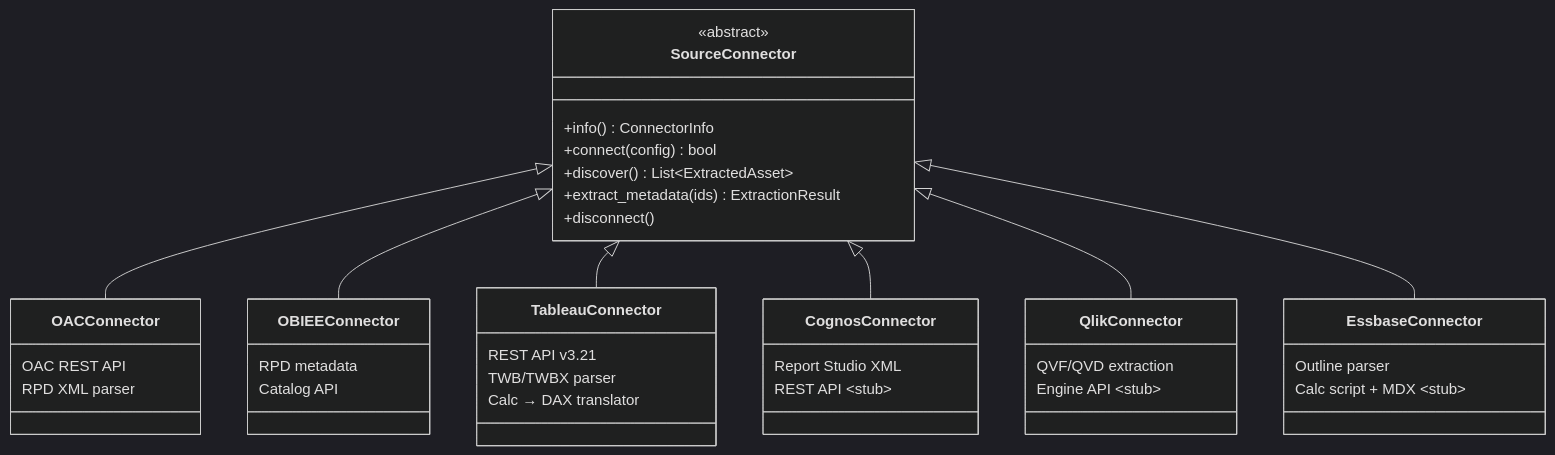
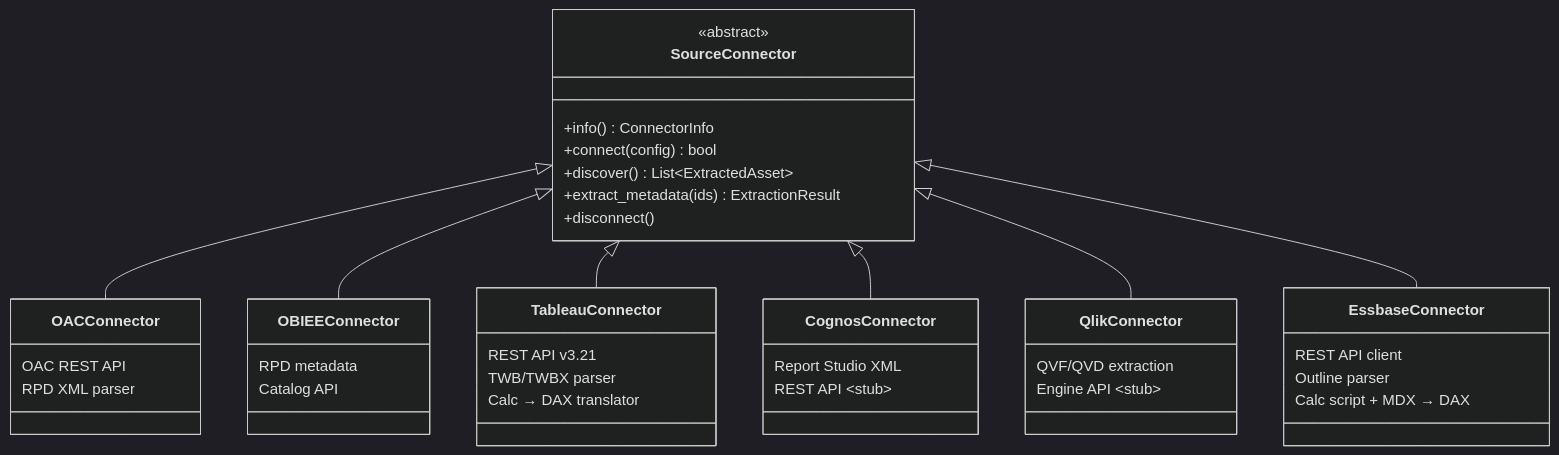
The third of 9 diagrams in README.md (cyphou/OACToFabric), drawn with Mermaid (dark theme) before and after one commit. The commit also changed other lines of this file and 10 other files, not shown here.

````diff
--- a/README.md
+++ b/README.md
@@ -131,44 +131,45 @@
 ```mermaid
 classDiagram
     class SourceConnector {
         <<abstract>>
         +info() ConnectorInfo
         +connect(config) bool
         +discover() List~ExtractedAsset~
         +extract_metadata(ids) ExtractionResult
         +disconnect()
     }
 
     class OACConnector {
         OAC REST API
         RPD XML parser
     }
     class OBIEEConnector {
         RPD metadata
         Catalog API
     }
     class TableauConnector {
         REST API v3.21
         TWB/TWBX parser
         Calc → DAX translator
     }
     class CognosConnector {
         Report Studio XML
         REST API ~stub~
     }
     class QlikConnector {
         QVF/QVD extraction
         Engine API ~stub~
     }
     class EssbaseConnector {
+        REST API client
         Outline parser
-        Calc script + MDX ~stub~
+        Calc script + MDX → DAX
     }
 
     SourceConnector <|-- OACConnector
     SourceConnector <|-- OBIEEConnector
     SourceConnector <|-- TableauConnector
     SourceConnector <|-- CognosConnector
     SourceConnector <|-- QlikConnector
     SourceConnector <|-- EssbaseConnector
 ```
````
